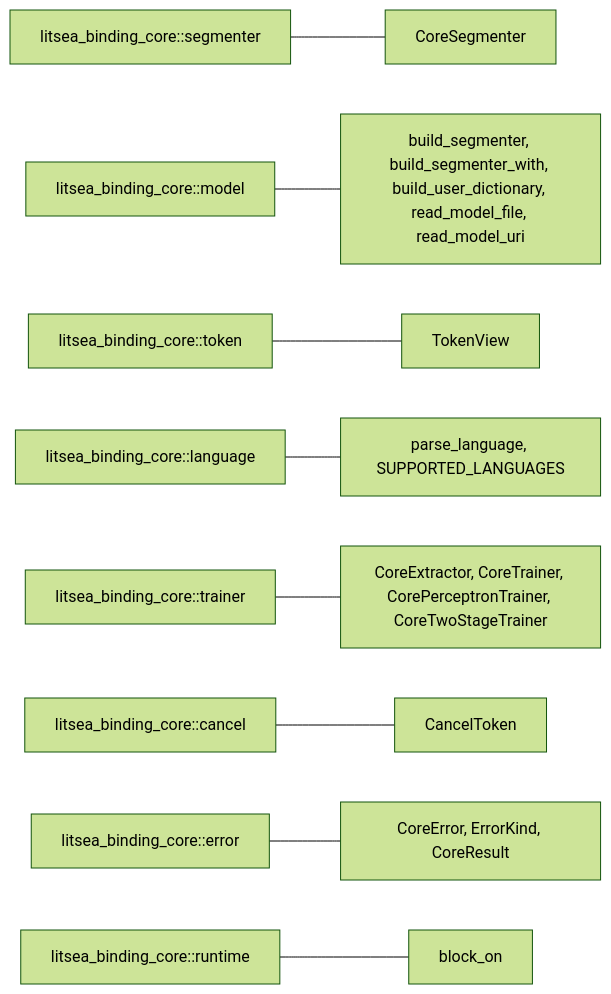
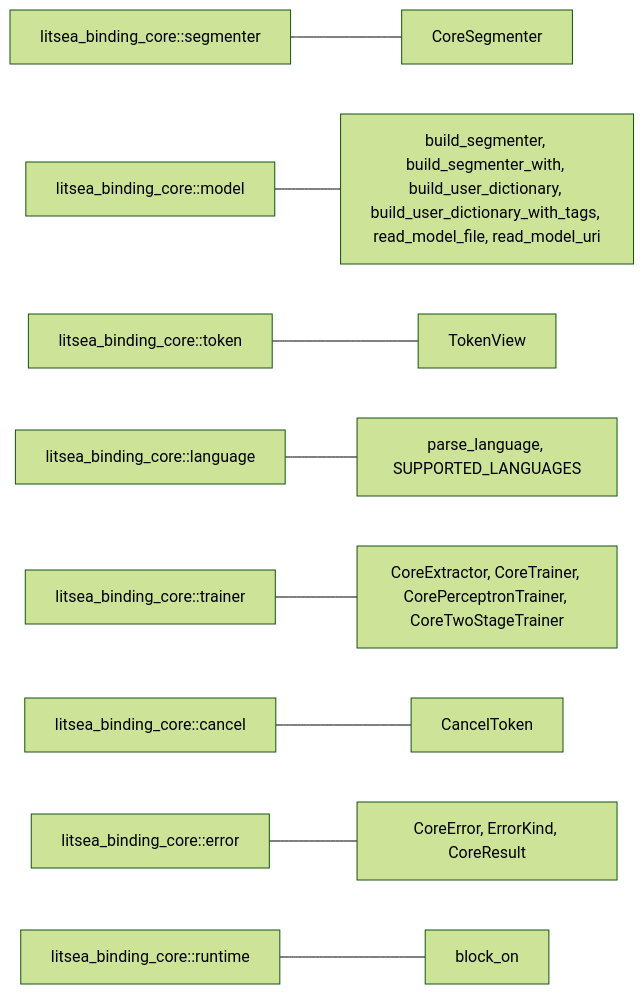
Before and after one commit to mosuka/litsea: the diagram in docs/ja/src/bindings/binding-core.md, drawn with Mermaid (forest theme). The commit also changed other lines of this file and 16 other files, not shown here.

First line of the commit message:
feat: UPOS tags on user dictionary entries (core, CLI, binding-core) (#274)

````diff
--- a/docs/ja/src/bindings/binding-core.md
+++ b/docs/ja/src/bindings/binding-core.md
@@ -14,11 +14,11 @@
 ```mermaid
 graph LR
     A["litsea_binding_core::segmenter"] --- B["CoreSegmenter"]
-    C["litsea_binding_core::model"] --- D["build_segmenter, build_segmenter_with, build_user_dictionary, read_model_file, read_model_uri"]
+    C["litsea_binding_core::model"] --- D["build_segmenter, build_segmenter_with, build_user_dictionary, build_user_dictionary_with_tags, read_model_file, read_model_uri"]
     E["litsea_binding_core::token"] --- F["TokenView"]
     G["litsea_binding_core::language"] --- H["parse_language, SUPPORTED_LANGUAGES"]
     I["litsea_binding_core::trainer"] --- J["CoreExtractor, CoreTrainer, CorePerceptronTrainer, CoreTwoStageTrainer"]
     K["litsea_binding_core::cancel"] --- L["CancelToken"]
     M["litsea_binding_core::error"] --- N["CoreError, ErrorKind, CoreResult"]
     O["litsea_binding_core::runtime"] --- P["block_on"]
 ```
````
